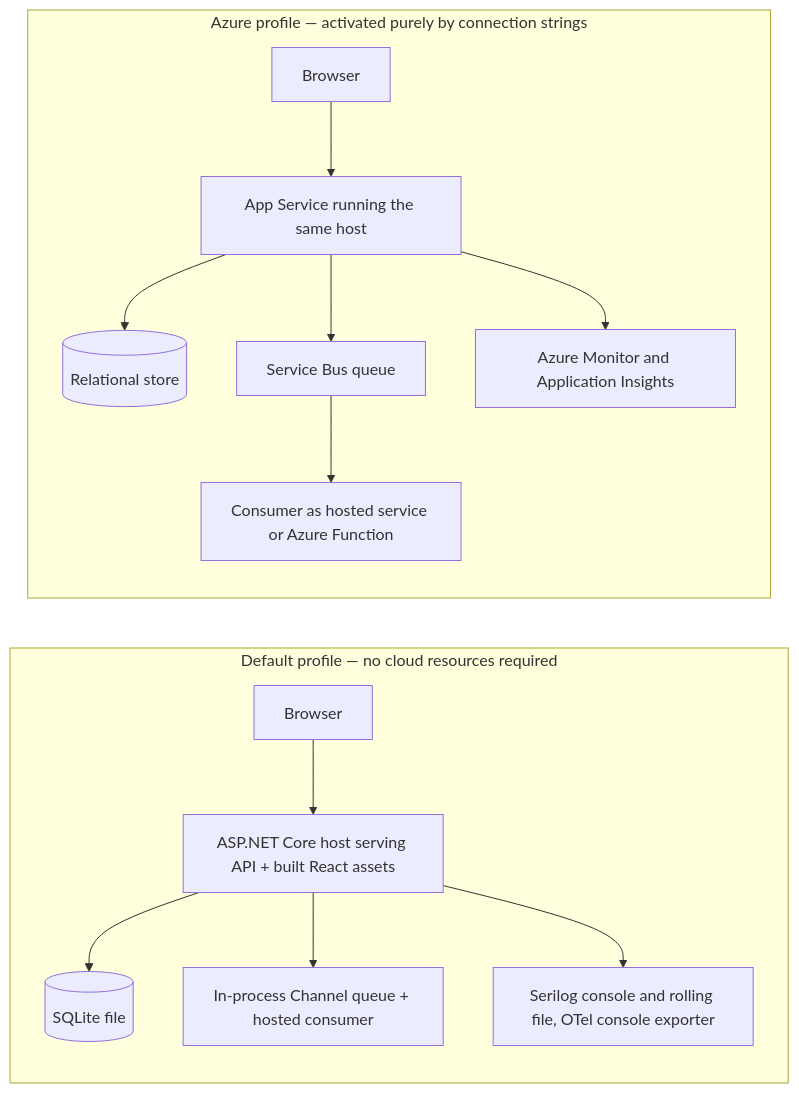
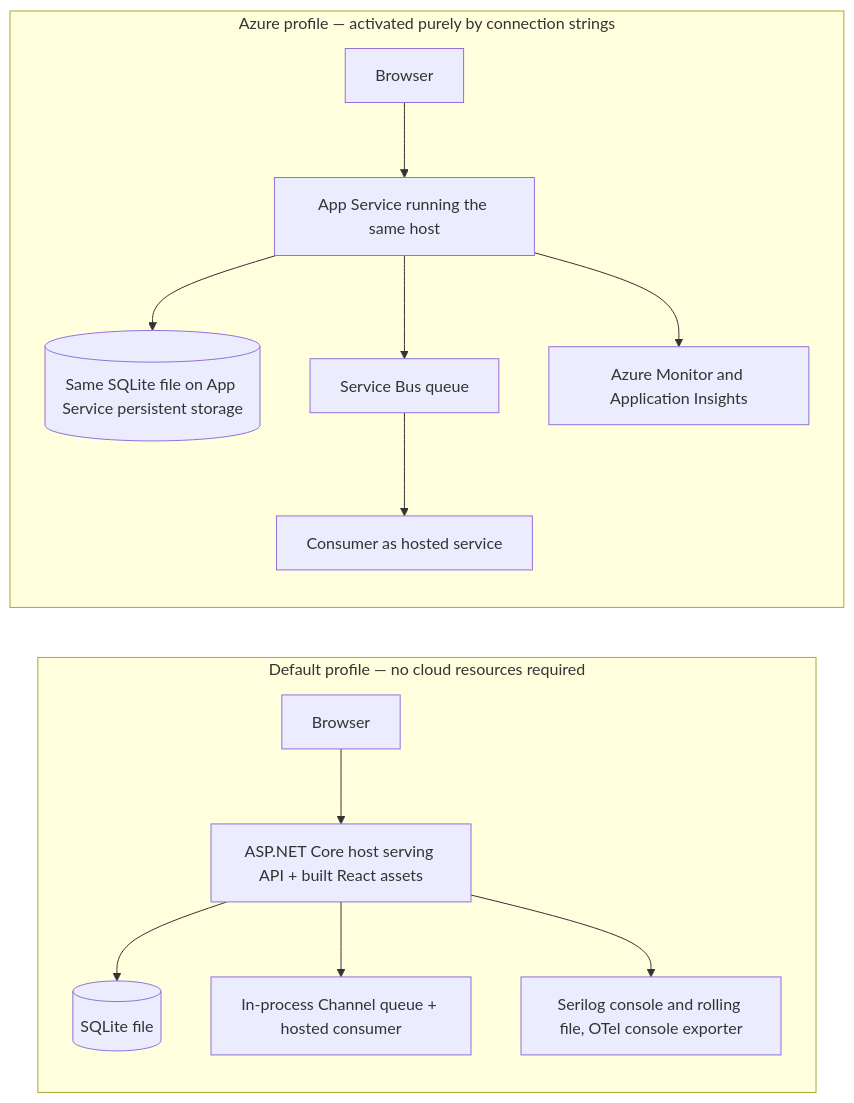
One commit to GuyThreepwood646/WA_QuoteManager changed the fourth of 4 diagrams in _bmad-output/planning-artifacts/architecture/architecture-QuoteManager-2026-07-28/ARCHITECTURE-SPINE.md. Above: the diagram before and after it, drawn with Mermaid. The commit also changed other lines of this file and 5 other files, not shown here.

First line of the commit message:
Apply reviewer-gate findings to architecture spine

````diff
--- a/_bmad-output/planning-artifacts/architecture/architecture-QuoteManager-2026-07-28/ARCHITECTURE-SPINE.md
+++ b/_bmad-output/planning-artifacts/architecture/architecture-QuoteManager-2026-07-28/ARCHITECTURE-SPINE.md
@@ -219,16 +308,16 @@
 ```mermaid
 graph LR
     subgraph Local["Default profile — no cloud resources required"]
         B1["Browser"] --> A1["ASP.NET Core host serving API + built React assets"]
         A1 --> S1[(SQLite file)]
         A1 --> Q1["In-process Channel queue + hosted consumer"]
         A1 --> O1["Serilog console and rolling file, OTel console exporter"]
     end
     subgraph Azure["Azure profile — activated purely by connection strings"]
         B2["Browser"] --> A2["App Service running the same host"]
-        A2 --> S2[(Relational store)]
+        A2 --> S2[(Same SQLite file on App Service persistent storage)]
         A2 --> Q2["Service Bus queue"]
-        Q2 --> C2["Consumer as hosted service or Azure Function"]
+        Q2 --> C2["Consumer as hosted service"]
         A2 --> M2["Azure Monitor and Application Insights"]
     end
 ```
````
